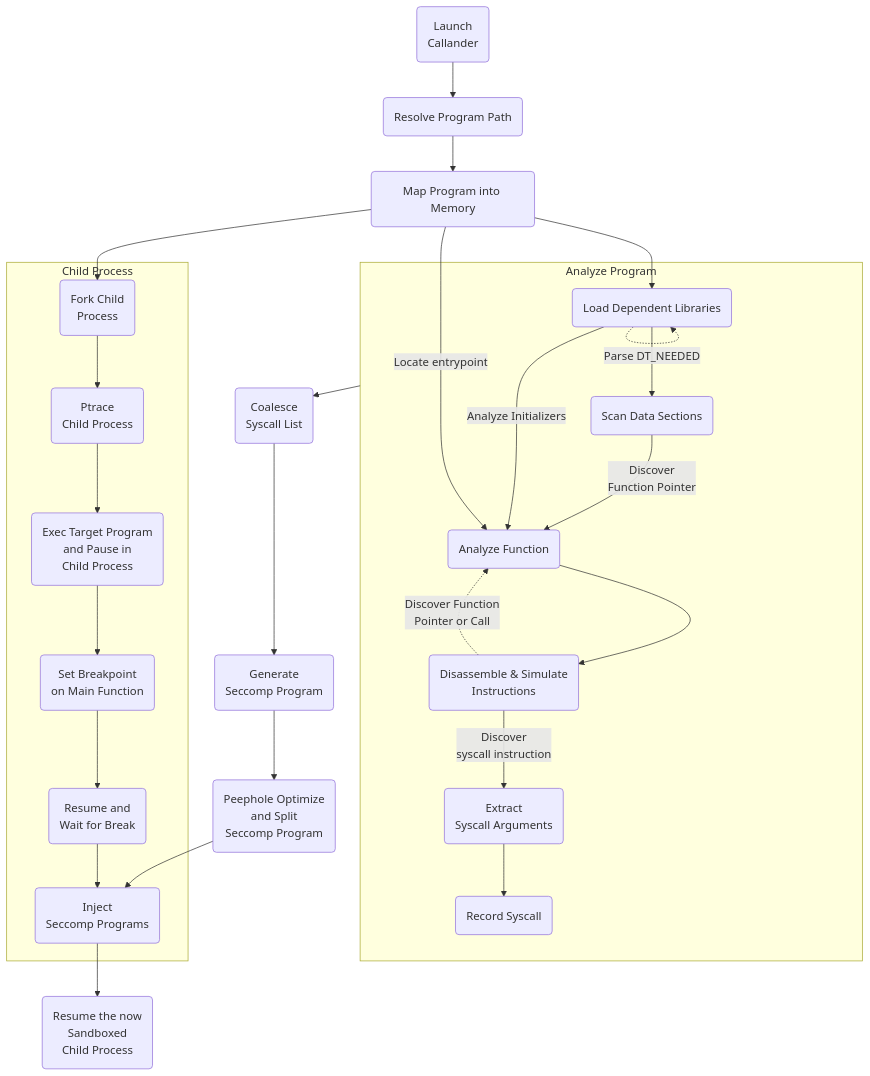
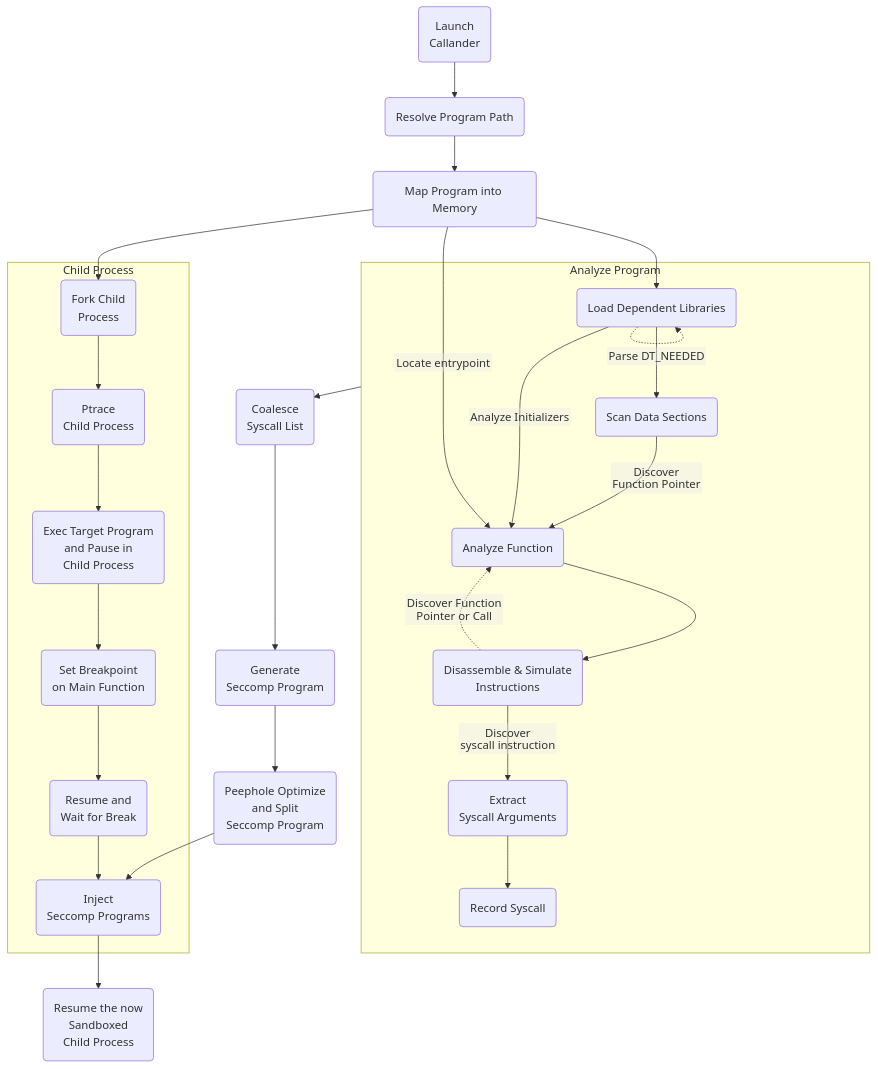
One commit to rpetrich/callander changed the diagram in README.md. Above: the diagram before and after it, drawn with Mermaid.

Commit message:
Disable HTML labels on mermaid chart

````diff
--- a/README.md
+++ b/README.md
@@ -161,23 +161,24 @@
 ```mermaid
+%%{init: {"flowchart": {"htmlLabels": false}} }%%
 flowchart 
     AnalyzeProgram --> CoalesceSyscalls
     Launch(Launch\nCallander) --> ResolveProgram(Resolve Program Path) --> LoadProgram(Map Program into Memory) --> LoadLibraries
     subgraph AnalyzeProgram [Analyze Program]
         DisassembleInstructions -.-> |Discover Function\nPointer or Call| AnalyzeFunction
         LoadLibraries(Load Dependent Libraries) --> AnalyzeDataSections
         LoadLibraries -.->|Parse DT_NEEDED| LoadLibraries
         AnalyzeDataSections(Scan Data Sections) -->|Discover\nFunction Pointer| AnalyzeFunction
         LoadLibraries -->|Analyze Initializers| AnalyzeFunction
         AnalyzeFunction(Analyze Function) --> DisassembleInstructions
         DisassembleInstructions(Disassemble & Simulate\nInstructions) -->|Discover\nsyscall instruction| ExtractArgs(Extract\nSyscall Arguments) --> RecordSyscall(Record Syscall)
     end
     %%subgraph PrepareSeccomp [Prepare Seccomp]
         CoalesceSyscalls(Coalesce\nSyscall List) --> GenerateSeccompProgram(Generate\nSeccomp Program) --> OptimizeSeccompProgram(Peephole Optimize\nand Split\nSeccomp Program) --> InjectSeccompProgram(Inject\nSeccomp Programs)
     %%end
     LoadProgram --> ForkChild
     subgraph ChildProcess [Child Process]
         ForkChild(Fork Child\nProcess) --> Ptrace(Ptrace\nChild Process) --> ExecAndPause(Exec Target Program\nand Pause in\nChild Process) --> SetBreakpoint(Set Breakpoint\non Main Function) --> ResumeChild(Resume and\nWait for Break) --> InjectSeccompProgram
     end
     LoadProgram -->|Locate entrypoint| AnalyzeFunction
     InjectSeccompProgram --> ResumeProgram(Resume the now\nSandboxed\nChild Process)
 ```
````
